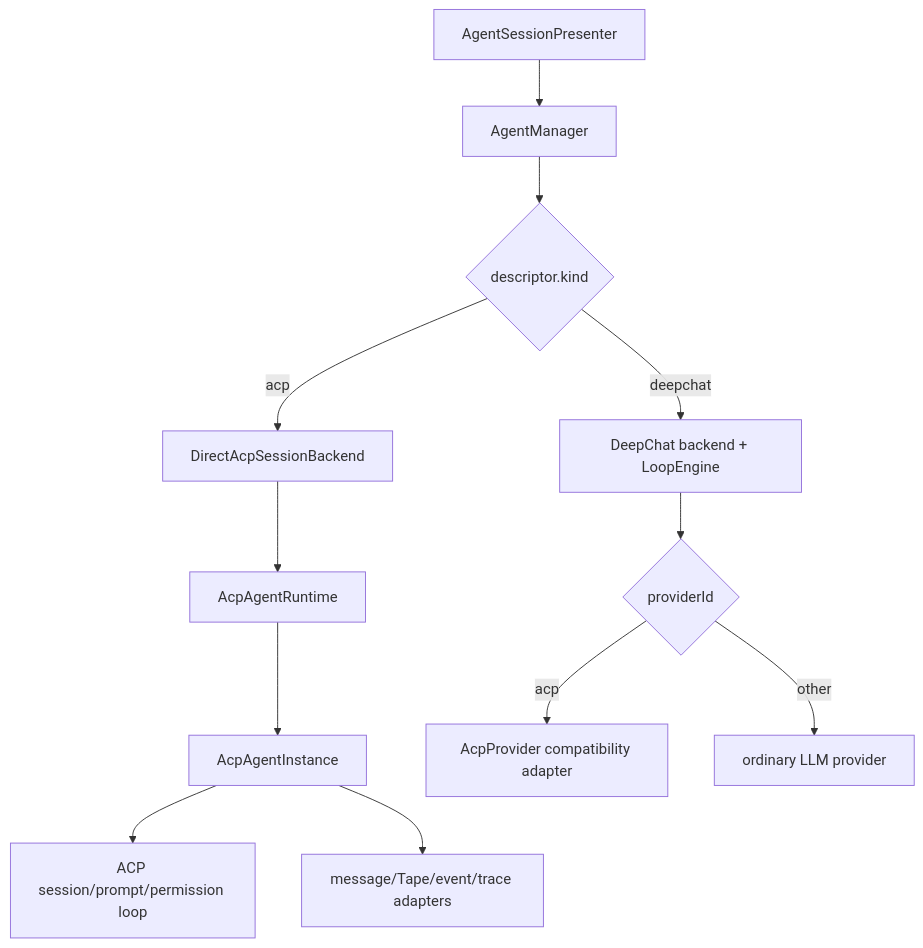
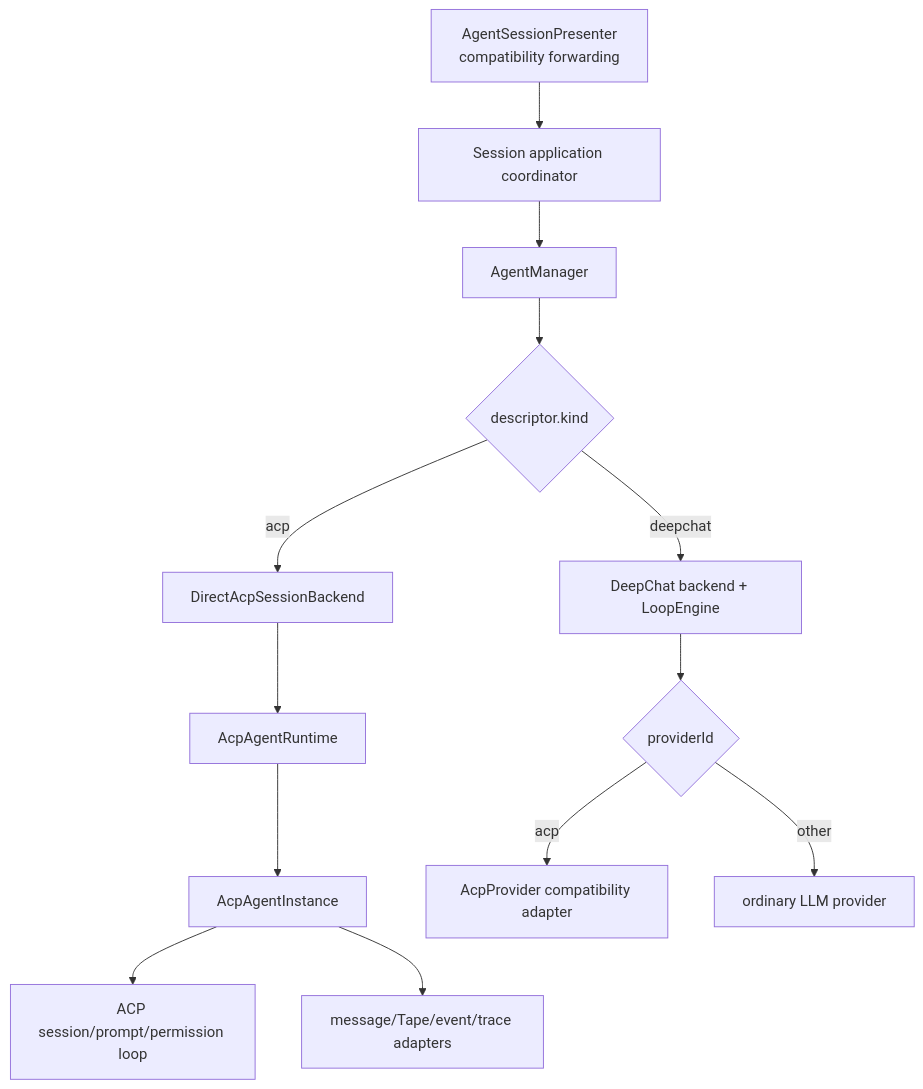
One commit to zerob13/deepchat changed the fifth of 9 diagrams in docs/FLOWS.md. Above: the diagram before and after it, drawn with Mermaid. The commit also changed other lines of this file and 57 other files, not shown here.

First line of the commit message:
refactor(session): extract application coordinators (#1961)

````diff
--- a/docs/FLOWS.md
+++ b/docs/FLOWS.md
@@ -152,14 +155,15 @@
 ```mermaid
 flowchart TD
-    Route["AgentSessionPresenter"] --> Manager["AgentManager"]
+    CompatFacade["AgentSessionPresenter<br/>compatibility forwarding"] --> App["Session application coordinator"]
+    App --> Manager["AgentManager"]
     Manager --> Kind{"descriptor.kind"}
     Kind -->|acp| Direct["DirectAcpSessionBackend"]
     Direct --> AcpRuntime["AcpAgentRuntime"]
     AcpRuntime --> AcpInstance["AcpAgentInstance"]
     AcpInstance --> Protocol["ACP session/prompt/permission loop"]
     AcpInstance --> Projection["message/Tape/event/trace adapters"]
     Kind -->|deepchat| Deep["DeepChat backend + LoopEngine"]
     Deep --> Provider{"providerId"}
     Provider -->|acp| Compat["AcpProvider compatibility adapter"]
     Provider -->|other| LLM["ordinary LLM provider"]
 ```
````
